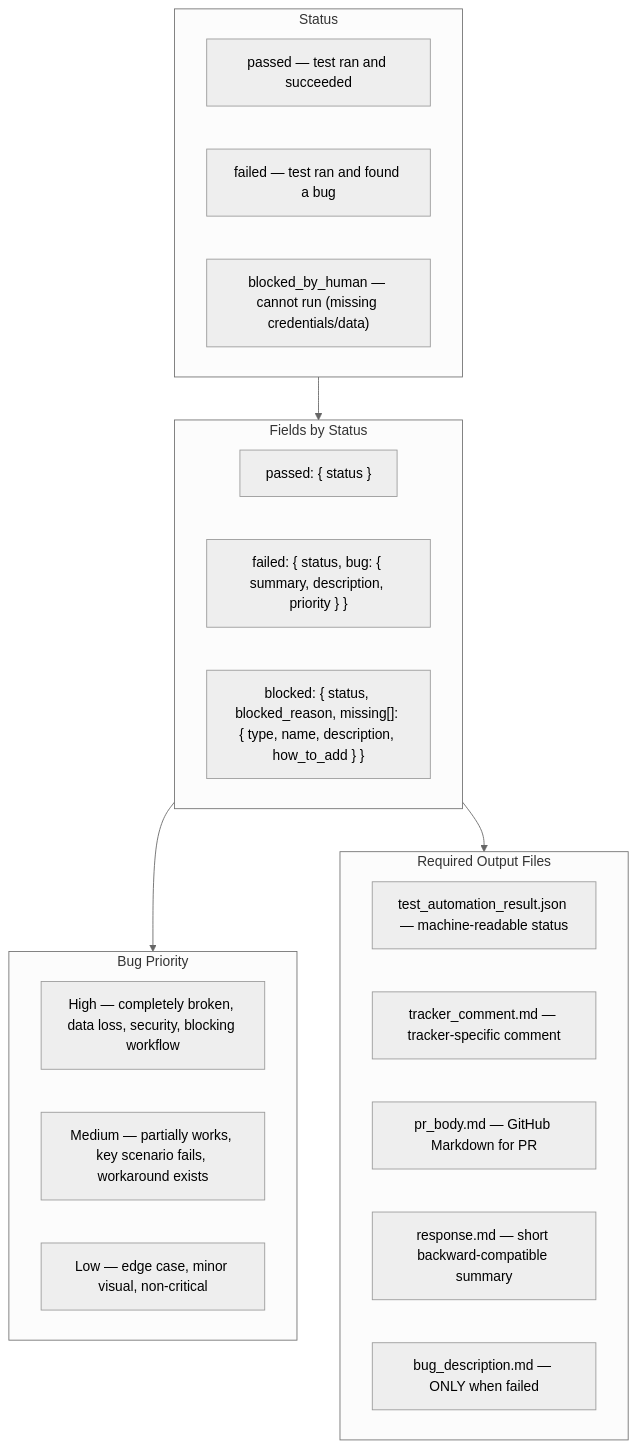
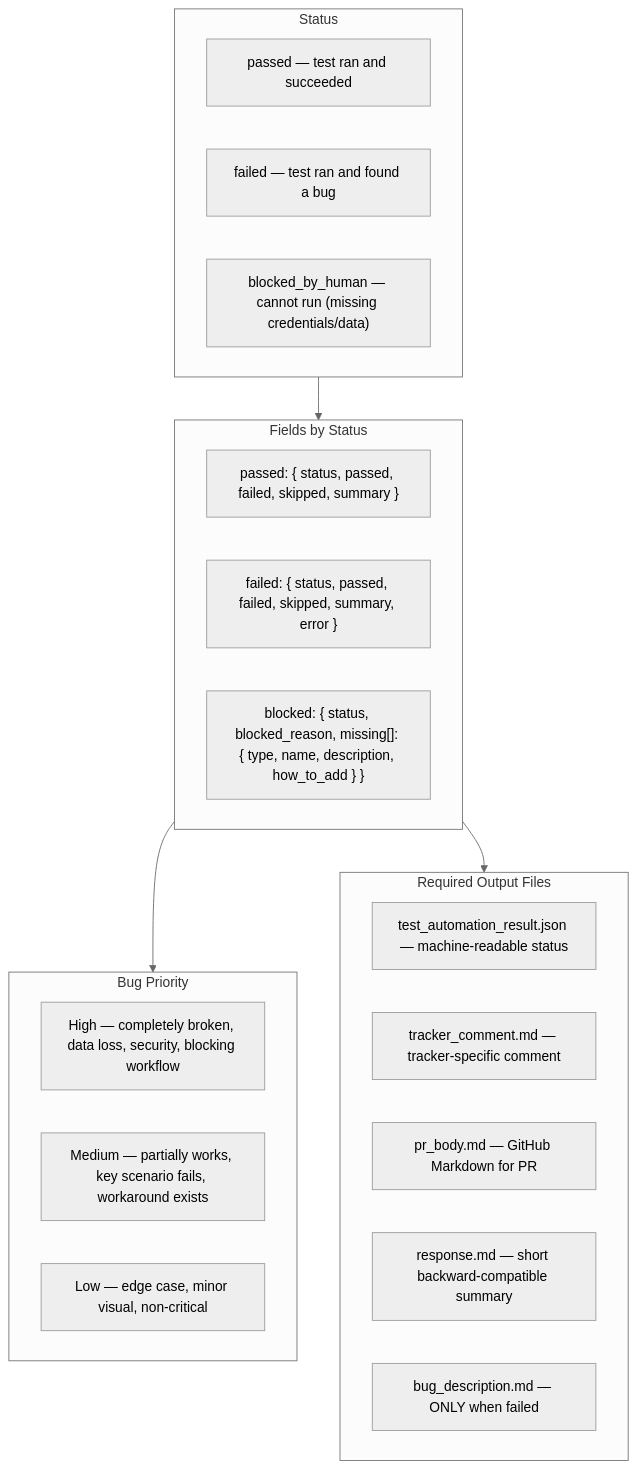
One commit to IstiN/dmtools-agents changed the diagram in instructions/test_automation/test_automation_json_output.md. Above: the diagram before and after it, drawn with Mermaid (neutral theme). The commit also changed other lines of this file and 3 other files, not shown here.

````diff
--- a/instructions/test_automation/test_automation_json_output.md
+++ b/instructions/test_automation/test_automation_json_output.md
@@ -5,32 +5,32 @@
 ```mermaid
 flowchart TD
     subgraph STATUSES["Status"]
         S1["passed — test ran and succeeded"]
         S2["failed — test ran and found a bug"]
         S3["blocked_by_human — cannot run (missing credentials/data)"]
     end
 
     subgraph FIELDS["Fields by Status"]
-        F1["passed: { status }"]
-        F2["failed: { status, bug: { summary, description, priority } }"]
+        F1["passed: { status, passed, failed, skipped, summary }"]
+        F2["failed: { status, passed, failed, skipped, summary, error }"]
         F3["blocked: { status, blocked_reason, missing[]: { type, name, description, how_to_add } }"]
     end
 
     subgraph PRIORITY["Bug Priority"]
         P1["High — completely broken, data loss, security, blocking workflow"]
         P2["Medium — partially works, key scenario fails, workaround exists"]
         P3["Low — edge case, minor visual, non-critical"]
     end
 
     subgraph OUTPUTS["Required Output Files"]
         O1["test_automation_result.json — machine-readable status"]
         O2["tracker_comment.md — tracker-specific comment"]
         O3["pr_body.md — GitHub Markdown for PR"]
         O4["response.md — short backward-compatible summary"]
         O5["bug_description.md — ONLY when failed"]
     end
 
     STATUSES --> FIELDS
     FIELDS --> PRIORITY
     FIELDS --> OUTPUTS
 ```
````
